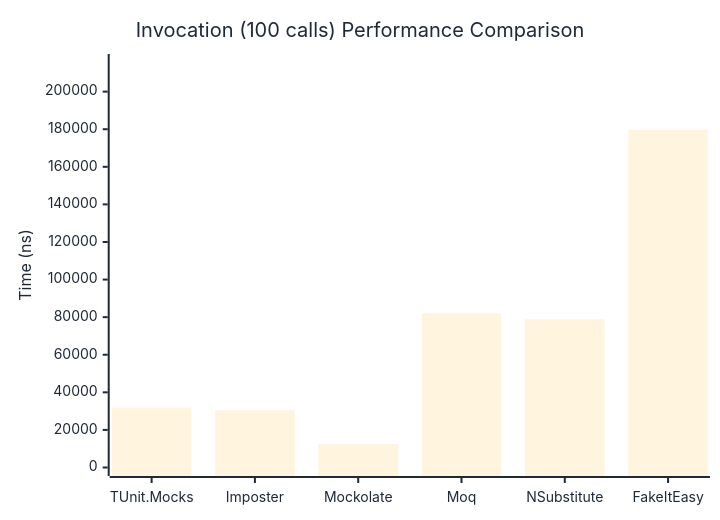
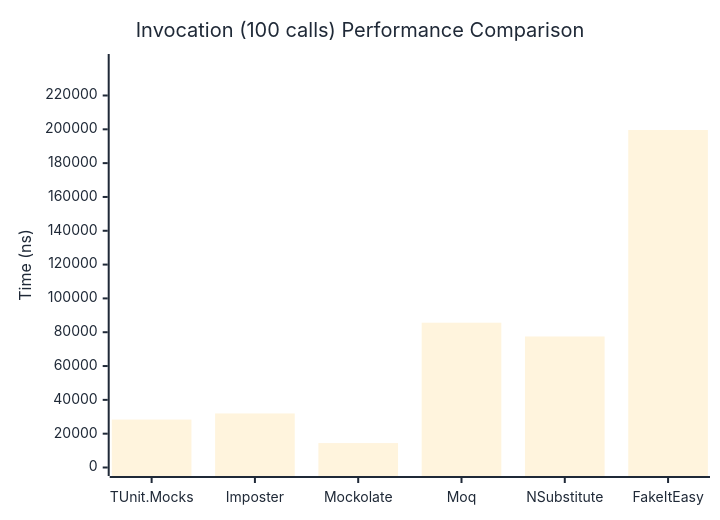
One commit to thomhurst/TUnit changed the third of 3 diagrams in docs/docs/benchmarks/mocks/Invocation.md. Above: the diagram before and after it, drawn with Mermaid. The commit also changed other lines of this file and 14 other files, not shown here.

````diff
--- a/docs/docs/benchmarks/mocks/Invocation.md
+++ b/docs/docs/benchmarks/mocks/Invocation.md
@@ -112,27 +112,27 @@
 ```mermaid
 %%{init: {
   'theme':'base',
   'themeVariables': {
     'primaryColor': '#2563eb',
     'primaryTextColor': '#1f2937',
     'primaryBorderColor': '#1e40af',
     'lineColor': '#6b7280',
     'secondaryColor': '#7c3aed',
     'tertiaryColor': '#dc2626',
     'background': '#ffffff',
     'pie1': '#2563eb',
     'pie2': '#7c3aed',
     'pie3': '#dc2626',
     'pie4': '#f59e0b',
     'pie5': '#10b981',
     'pie6': '#06b6d4',
     'pie7': '#ec4899',
     'pie8': '#6366f1'
   }
 }}%%
 xychart-beta
   title "Invocation (100 calls) Performance Comparison"
   x-axis ["TUnit.Mocks", "Imposter", "Mockolate", "Moq", "NSubstitute", "FakeItEasy"]
-  y-axis "Time (ns)" 0 --> 215504
-  bar [31947, 30420.7, 12490.4, 82006.8, 78883, 179586]
+  y-axis "Time (ns)" 0 --> 239514
+  bar [28351, 31963.5, 14450.4, 85633.2, 77481.4, 199594.6]
 ```
````
